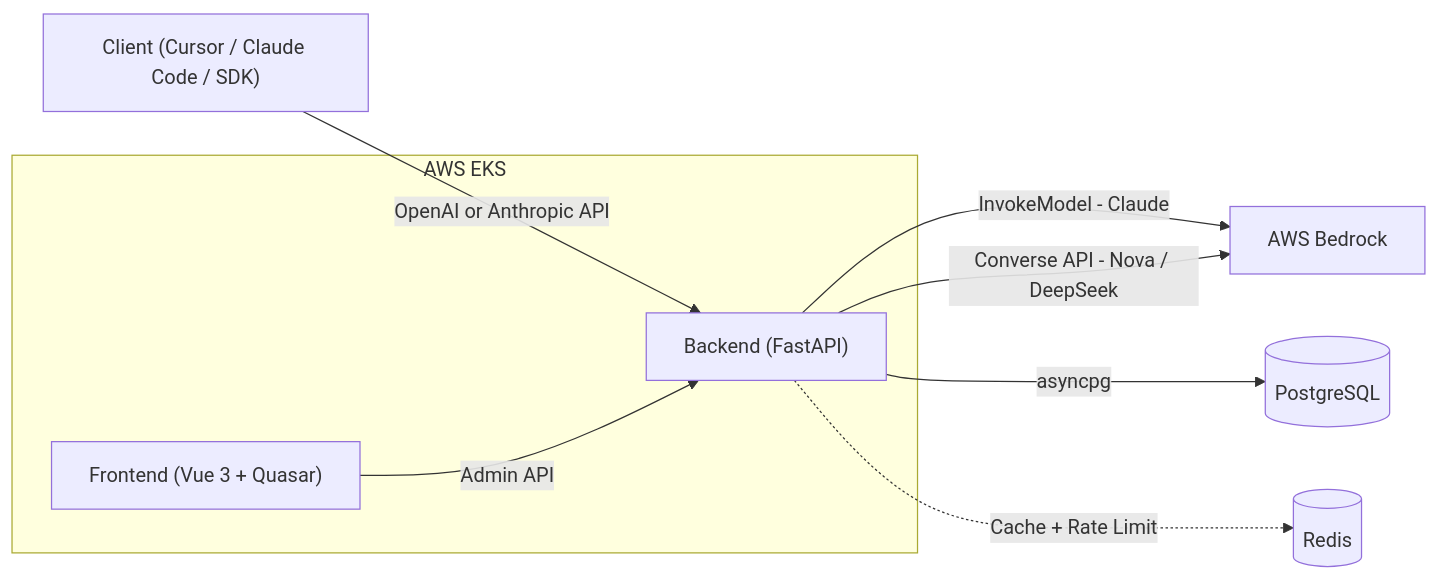
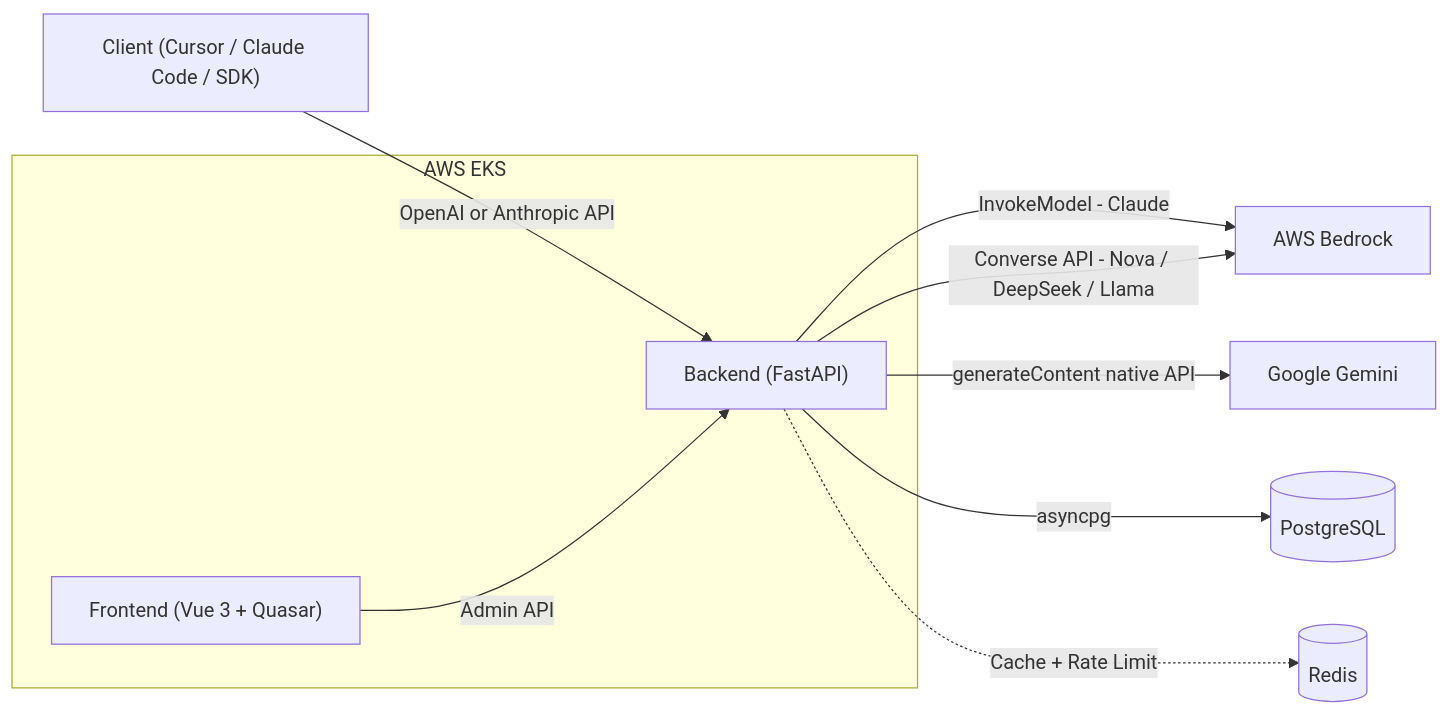
The diagram in README.md (aws-samples/sample-kolya-br-proxy), drawn with Mermaid before and after one commit. The commit also changed other lines of this file and 1 other file, not shown here.

Commit message:
docs: update README to reflect Google Gemini integration

````diff
--- a/README.md
+++ b/README.md
@@ -59,13 +61,14 @@
 ```mermaid
 graph LR
     Client["Client (Cursor / Claude Code / SDK)"] -->|OpenAI or Anthropic API| Backend["Backend (FastAPI)"]
     Frontend["Frontend (Vue 3 + Quasar)"] -->|Admin API| Backend
     Backend -->|InvokeModel - Claude| Bedrock["AWS Bedrock"]
-    Backend -->|Converse API - Nova / DeepSeek| Bedrock
+    Backend -->|Converse API - Nova / DeepSeek / Llama| Bedrock
+    Backend -->|generateContent native API| Gemini["Google Gemini"]
     Backend -->|asyncpg| DB[(PostgreSQL)]
     Backend -.->|Cache + Rate Limit| Redis[(Redis)]
     subgraph AWS EKS
         Frontend
         Backend
     end
 ```
````
